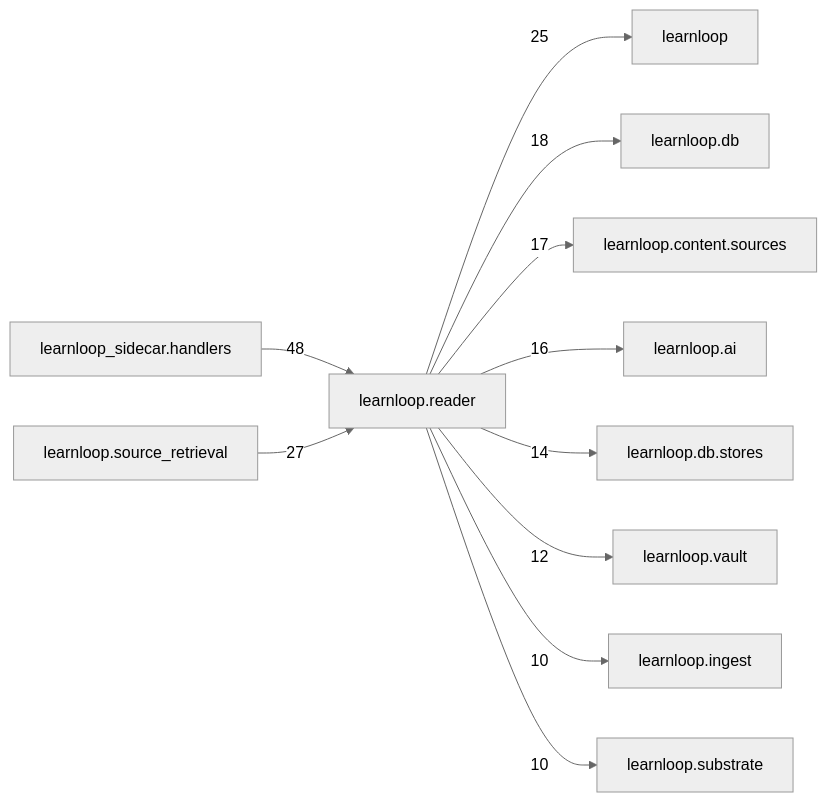
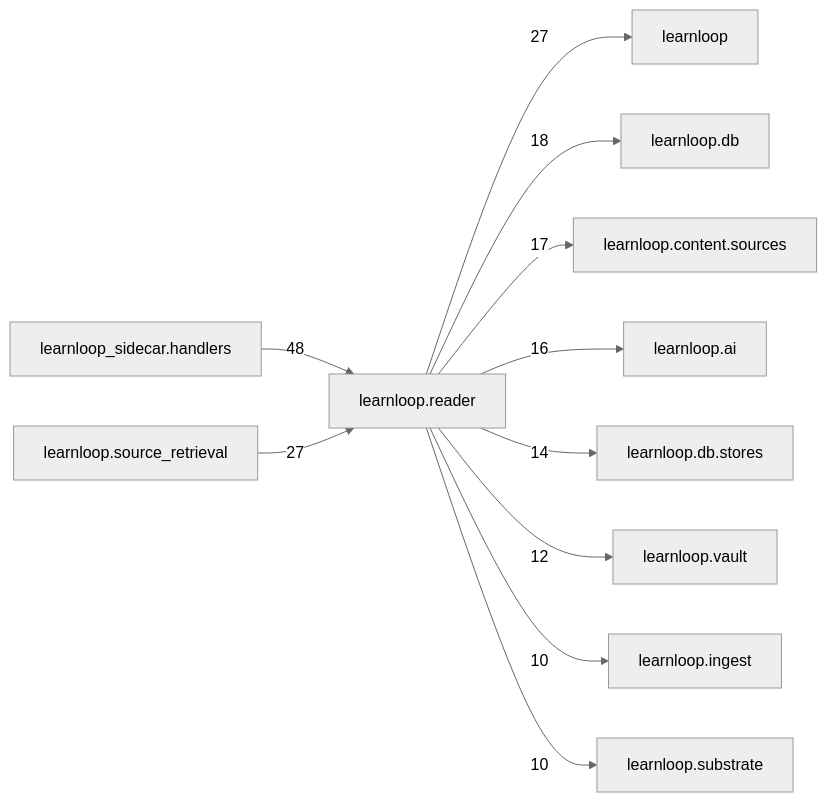
The diagram in docs/learnloop-architecture-vault/Reference/Modules/learnloop/reader/_package.md (6up-b/learnanything), drawn with Mermaid (neutral theme) before and after one commit. The commit also changed other lines of this file and 590 other files, not shown here.

````diff
--- a/docs/learnloop-architecture-vault/Reference/Modules/learnloop/reader/_package.md
+++ b/docs/learnloop-architecture-vault/Reference/Modules/learnloop/reader/_package.md
@@ -148,24 +148,24 @@
 ```mermaid
 flowchart LR
     center["learnloop.reader"]
     n_learnloop_sidecar_handlers["learnloop_sidecar.handlers"]
+    n_learnloop["learnloop"]
     n_learnloop_source_retrieval["learnloop.source_retrieval"]
-    n_learnloop["learnloop"]
     n_learnloop_db["learnloop.db"]
     n_learnloop_content_sources["learnloop.content.sources"]
     n_learnloop_ai["learnloop.ai"]
     n_learnloop_db_stores["learnloop.db.stores"]
     n_learnloop_vault["learnloop.vault"]
     n_learnloop_ingest["learnloop.ingest"]
     n_learnloop_substrate["learnloop.substrate"]
     n_learnloop_sidecar_handlers -->|48| center
+    center -->|27| n_learnloop
     n_learnloop_source_retrieval -->|27| center
-    center -->|25| n_learnloop
     center -->|18| n_learnloop_db
     center -->|17| n_learnloop_content_sources
     center -->|16| n_learnloop_ai
     center -->|14| n_learnloop_db_stores
     center -->|12| n_learnloop_vault
     center -->|10| n_learnloop_ingest
     center -->|10| n_learnloop_substrate
 ```
````
